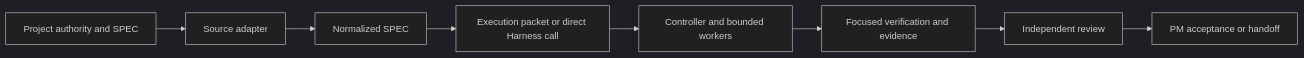
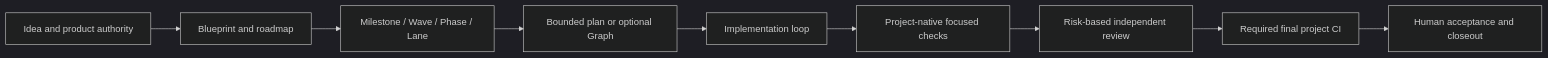
One commit to JoeKeepGo/SAGE-Kit changed the diagram in README.md. Above: the diagram before and after it, drawn with Mermaid (dark theme). The commit also changed other lines of this file and 323 other files, not shown here.

````diff
--- a/README.md
+++ b/README.md
@@ -39,10 +20,11 @@
 ```mermaid
 flowchart LR
-  A["Project authority and SPEC"] --> B["Source adapter"]
-  B --> C["Normalized SPEC"]
-  C --> D["Execution packet or direct Harness call"]
-  D --> E["Controller and bounded workers"]
-  E --> F["Focused verification and evidence"]
-  F --> G["Independent review"]
-  G --> H["PM acceptance or handoff"]
+  A["Idea and product authority"] --> B["Blueprint and roadmap"]
+  B --> C["Milestone / Wave / Phase / Lane"]
+  C --> D["Bounded plan or optional Graph"]
+  D --> E["Implementation loop"]
+  E --> F["Project-native focused checks"]
+  F --> G["Risk-based independent review"]
+  G --> H["Required final project CI"]
+  H --> I["Human acceptance and closeout"]
 ```
````
